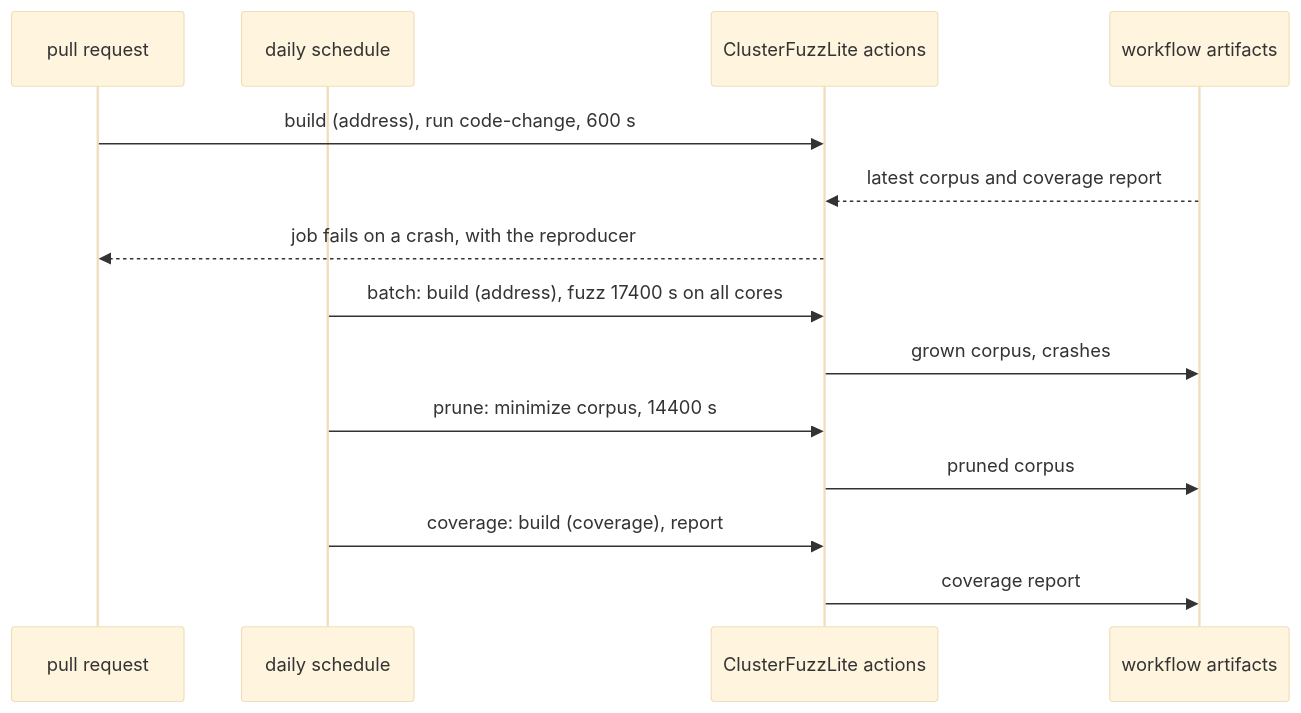
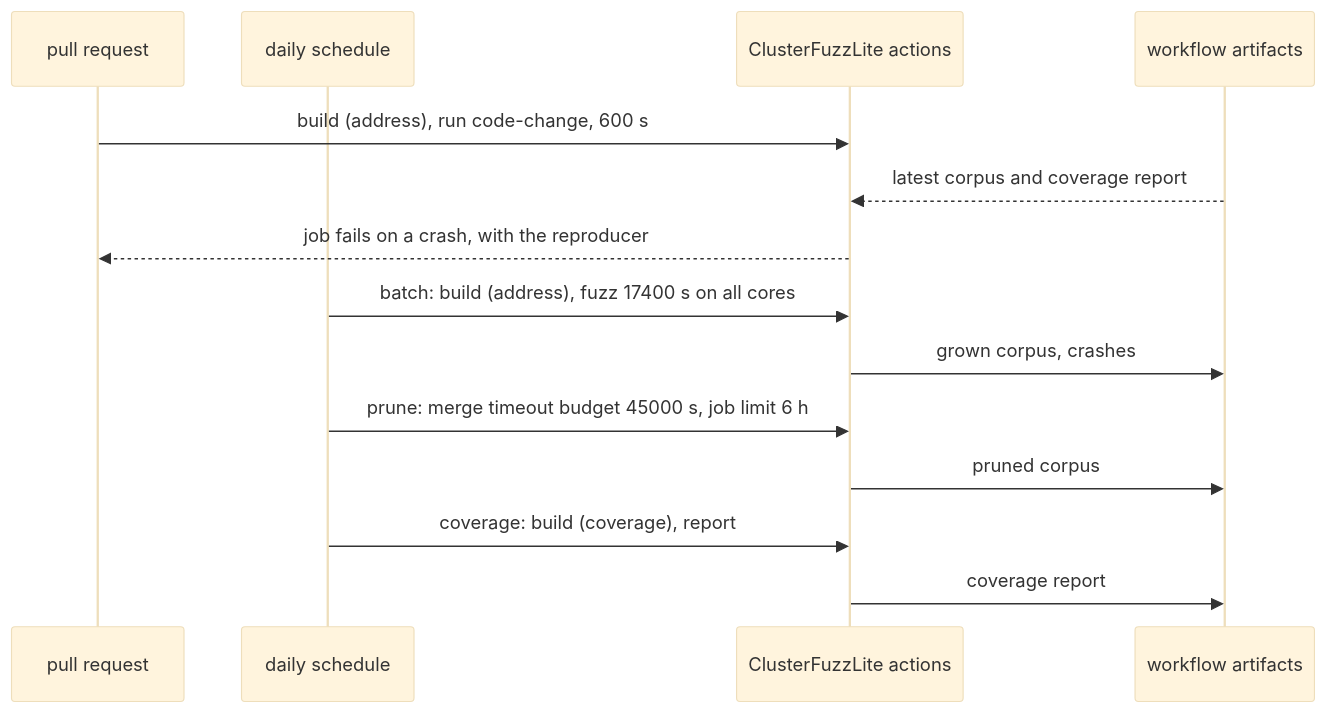
Before and after one commit to M-Compressors/mbrotli: the sixth of 7 diagrams in architecture/ci.md, drawn with Mermaid (base theme). The commit also changed other lines of this file and 3 other files, not shown here.

Commit message:
Fix cluster fuzz prune timeout

````diff
--- a/architecture/ci.md
+++ b/architecture/ci.md
@@ -236,16 +236,16 @@
 ```mermaid
 sequenceDiagram
     participant PR as pull request
     participant Cron as daily schedule
     participant CF as ClusterFuzzLite actions
     participant Store as workflow artifacts
     PR->>CF: build (address), run code-change, 600 s
     Store-->>CF: latest corpus and coverage report
     CF-->>PR: job fails on a crash, with the reproducer
     Cron->>CF: batch: build (address), fuzz 17400 s on all cores
     CF->>Store: grown corpus, crashes
-    Cron->>CF: prune: minimize corpus, 14400 s
+    Cron->>CF: prune: merge timeout budget 45000 s, job limit 6 h
     CF->>Store: pruned corpus
     Cron->>CF: coverage: build (coverage), report
     CF->>Store: coverage report
 ```
````
